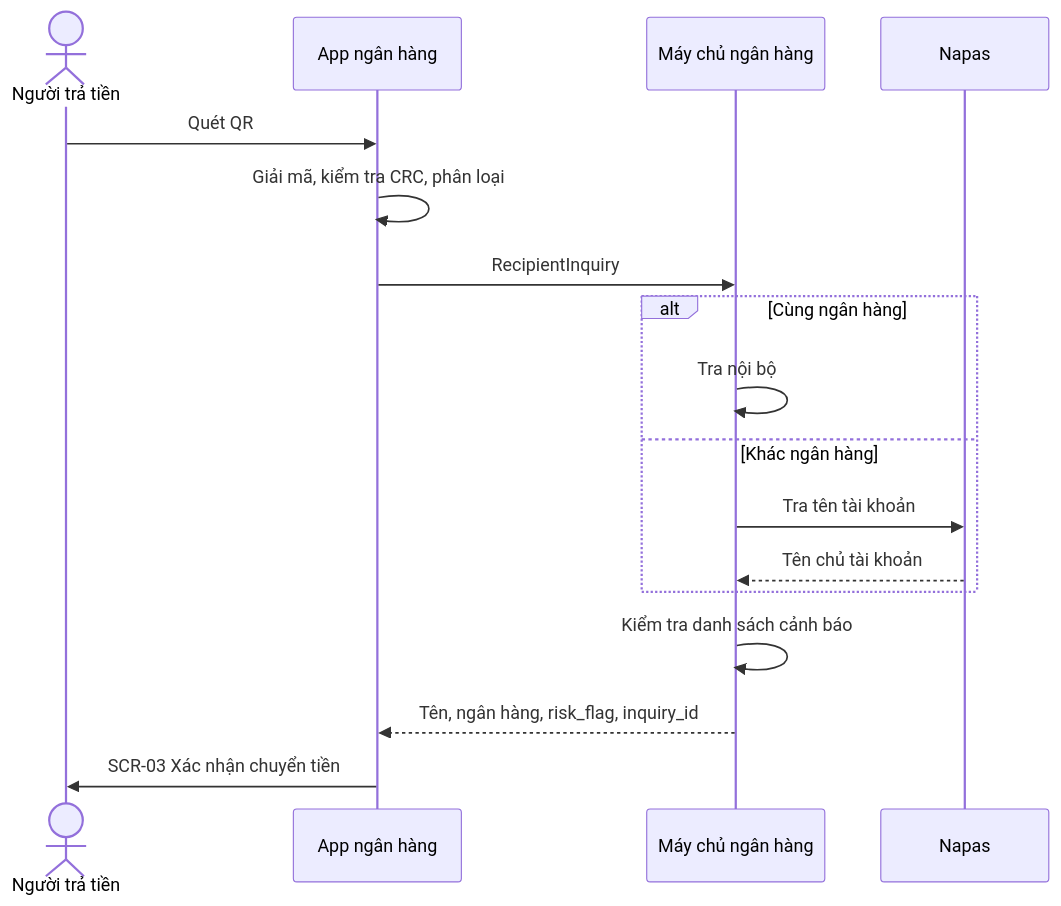
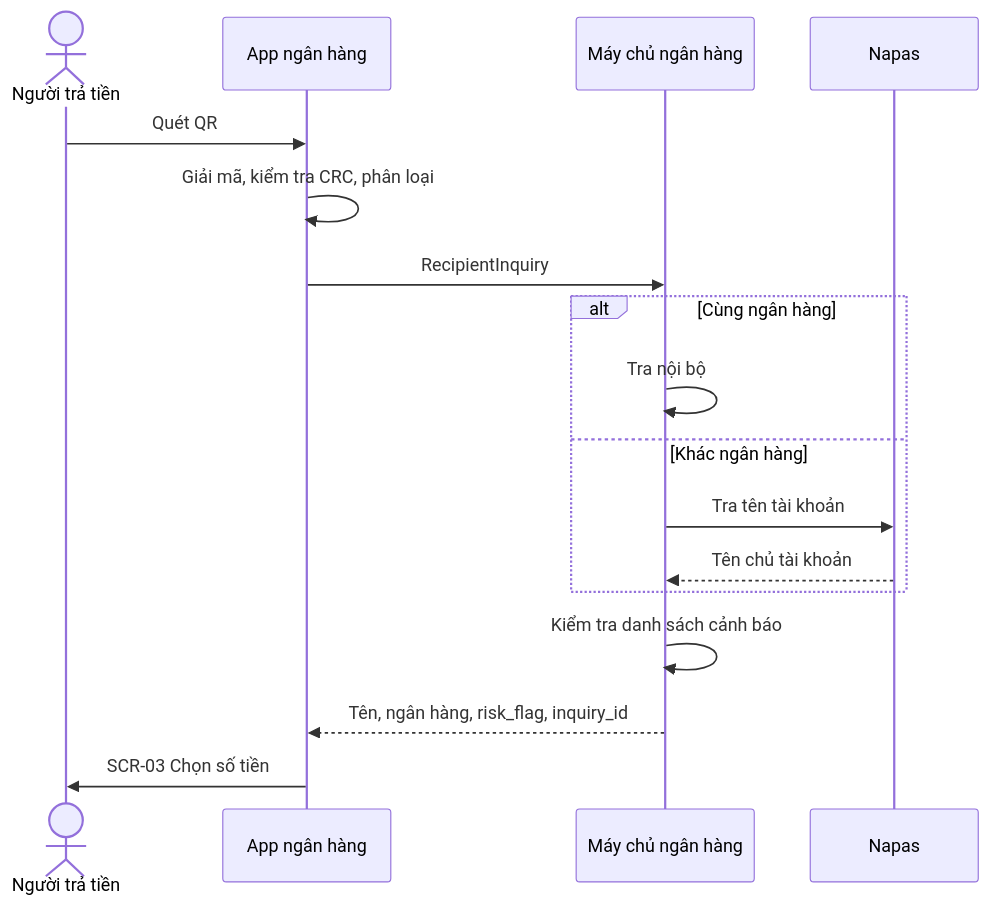
Before and after one commit to uxfoundation-vn/de04-chuyen-khoan-qr: the third of 3 diagrams in docs/TN01-quet-ma-qr/SRS.md, drawn with Mermaid. The commit also changed other lines of this file and 14 other files, not shown here.

````diff
--- a/docs/TN01-quet-ma-qr/SRS.md
+++ b/docs/TN01-quet-ma-qr/SRS.md
@@ -214,19 +212,19 @@
 ```mermaid
 sequenceDiagram
   actor N as Người trả tiền
   participant App as App ngân hàng
   participant API as Máy chủ ngân hàng
   participant NP as Napas
   N->>App: Quét QR
   App->>App: Giải mã, kiểm tra CRC, phân loại
   App->>API: RecipientInquiry
   alt Cùng ngân hàng
     API->>API: Tra nội bộ
   else Khác ngân hàng
     API->>NP: Tra tên tài khoản
     NP-->>API: Tên chủ tài khoản
   end
   API->>API: Kiểm tra danh sách cảnh báo
   API-->>App: Tên, ngân hàng, risk_flag, inquiry_id
-  App->>N: SCR-03 Xác nhận chuyển tiền
+  App->>N: SCR-03 Chọn số tiền
 ```
````
